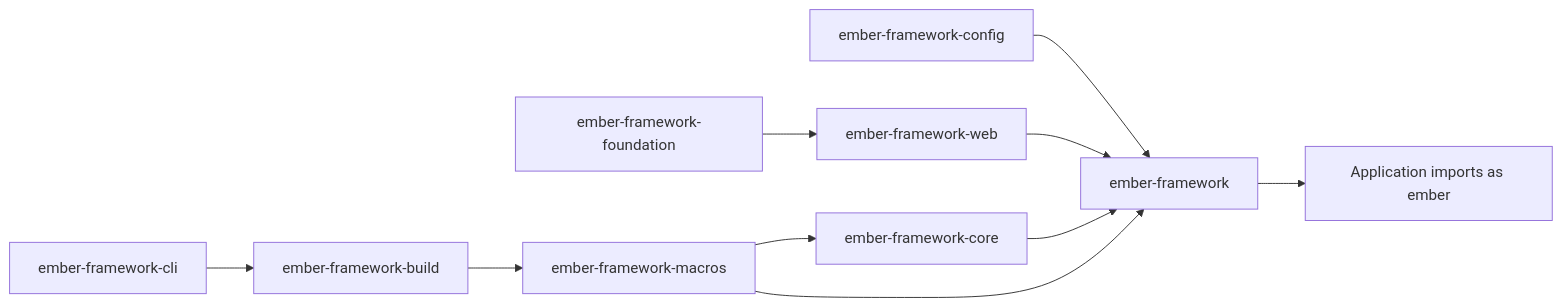
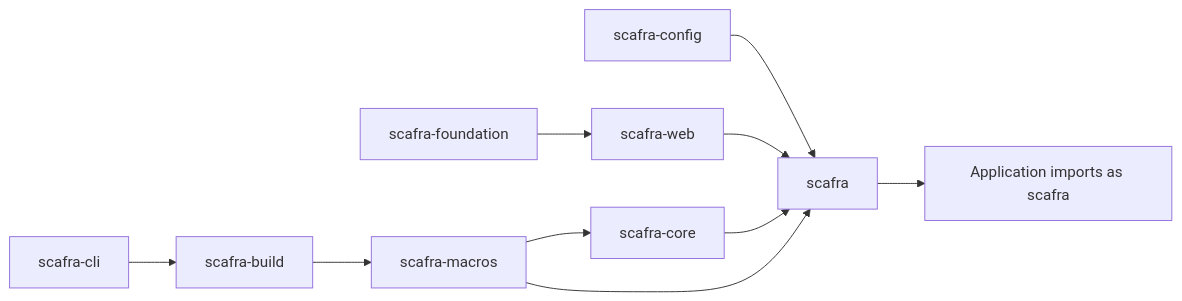
Before and after one commit to Ember-rs/ember: the second of 2 diagrams in docs/architecture.md, drawn with Mermaid. The commit also changed other lines of this file and 262 other files, not shown here.

````diff
--- a/docs/architecture.md
+++ b/docs/architecture.md
@@ -46,12 +46,12 @@
 ```mermaid
 flowchart LR
-    CLI[ember-framework-cli] --> BUILD[ember-framework-build]
-    BUILD --> MACROS[ember-framework-macros]
-    MACROS --> CORE[ember-framework-core]
-    CONFIG[ember-framework-config] --> FACADE[ember-framework]
-    WEB[ember-framework-web] --> FACADE
-    FOUNDATION[ember-framework-foundation] --> WEB
+    CLI[scafra-cli] --> BUILD[scafra-build]
+    BUILD --> MACROS[scafra-macros]
+    MACROS --> CORE[scafra-core]
+    CONFIG[scafra-config] --> FACADE[scafra]
+    WEB[scafra-web] --> FACADE
+    FOUNDATION[scafra-foundation] --> WEB
     CORE --> FACADE
     MACROS --> FACADE
-    FACADE --> APP[Application imports as ember]
+    FACADE --> APP[Application imports as scafra]
 ```
````
